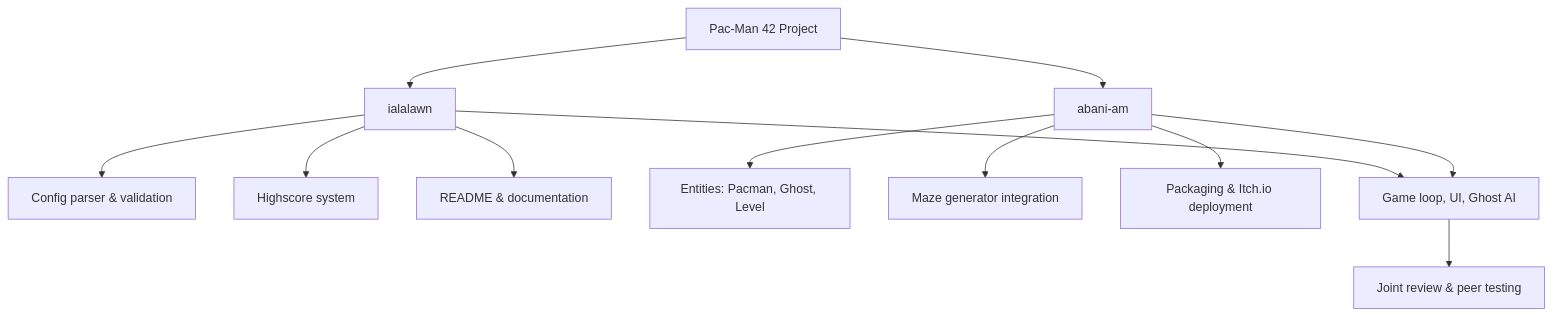
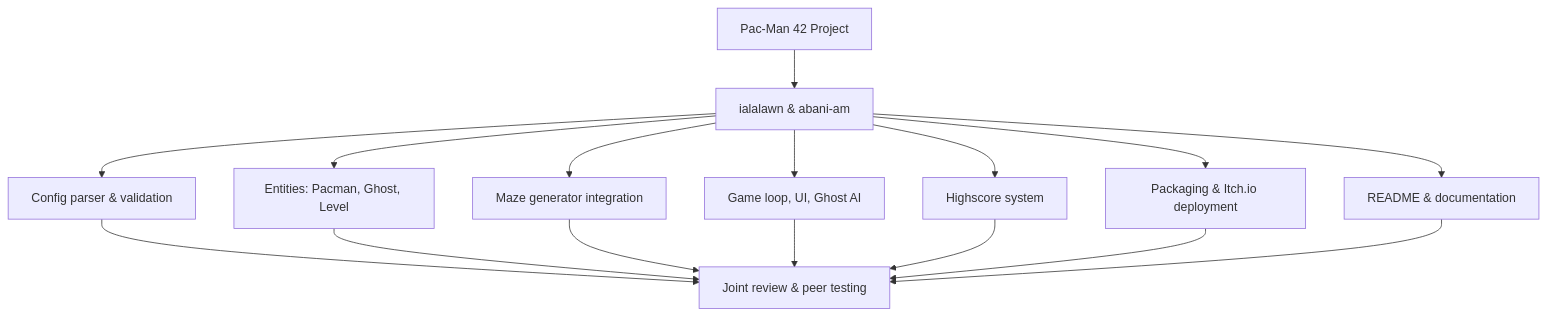
Before and after one commit to IbrahemAlawneh/pacman_out: the diagram in project_management/Management.md, drawn with Mermaid. The commit also changed other lines of this file and 10 other files, not shown here.

````diff
--- a/project_management/Management.md
+++ b/project_management/Management.md
@@ -5,16 +5,12 @@
 ```mermaid
 flowchart TD
-    A[Pac-Man 42 Project] --> B[ialalawn]
-    A --> C[abani-am]
-
-    B --> B1[Config parser & validation]
-    B --> B2[Highscore system]
-    B --> B3[README & documentation]
-
-    C --> C1[Entities: Pacman, Ghost, Level]
-    C --> C2[Maze generator integration]
-    C --> C3[Packaging & Itch.io deployment]
-
-    B & C --> D[Game loop, UI, Ghost AI]
-    D --> E[Joint review & peer testing]
+    A[Pac-Man 42 Project] --> B[ialalawn & abani-am]
+    B --> C[Config parser & validation]
+    B --> D[Entities: Pacman, Ghost, Level]
+    B --> E[Maze generator integration]
+    B --> F[Game loop, UI, Ghost AI]
+    B --> G[Highscore system]
+    B --> H[Packaging & Itch.io deployment]
+    B --> I[README & documentation]
+    C & D & E & F & G & H & I --> J[Joint review & peer testing]
 ```
````
